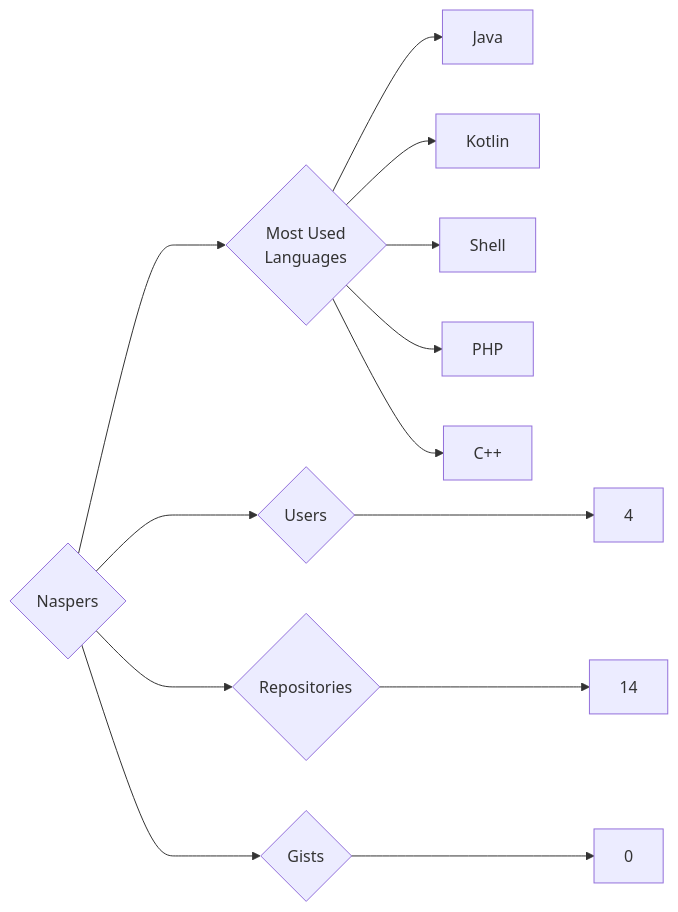
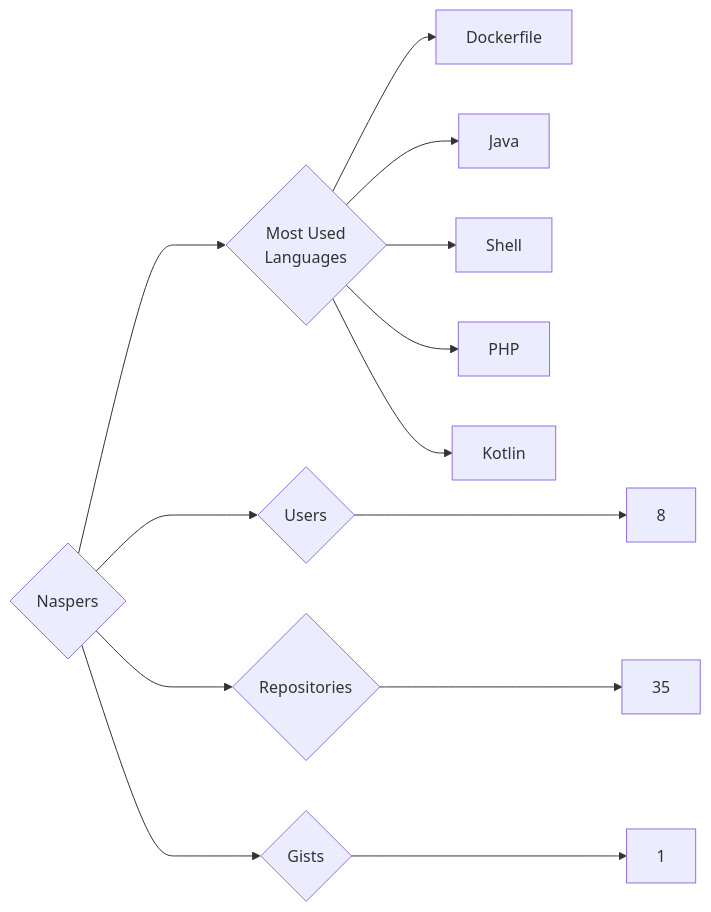
The diagram in targets/Naspers/README.md (trickest/insiders), drawn with Mermaid before and after one commit. The commit also changed 940 other files, not shown here.

````diff
--- a/targets/Naspers/README.md
+++ b/targets/Naspers/README.md
@@ -3,13 +3,13 @@
 ```mermaid
 graph LR
 COMPANY_NAME{Naspers}
-COMPANY_NAME ---> U{Users} ---> UN[4]
-COMPANY_NAME ---> R{Repositories} ---> RN[14]
-COMPANY_NAME ---> G{Gists} ---> GN[0]
+COMPANY_NAME ---> U{Users} ---> UN[8]
+COMPANY_NAME ---> R{Repositories} ---> RN[35]
+COMPANY_NAME ---> G{Gists} ---> GN[1]
 COMPANY_NAME ---> ML{Most Used<br>Languages}
+ML --> Dockerfile[Dockerfile]
 ML --> Java[Java]
-ML --> Kotlin[Kotlin]
 ML --> Shell[Shell]
 ML --> PHP[PHP]
-ML --> C++[C++]
+ML --> Kotlin[Kotlin]
 ```
````
